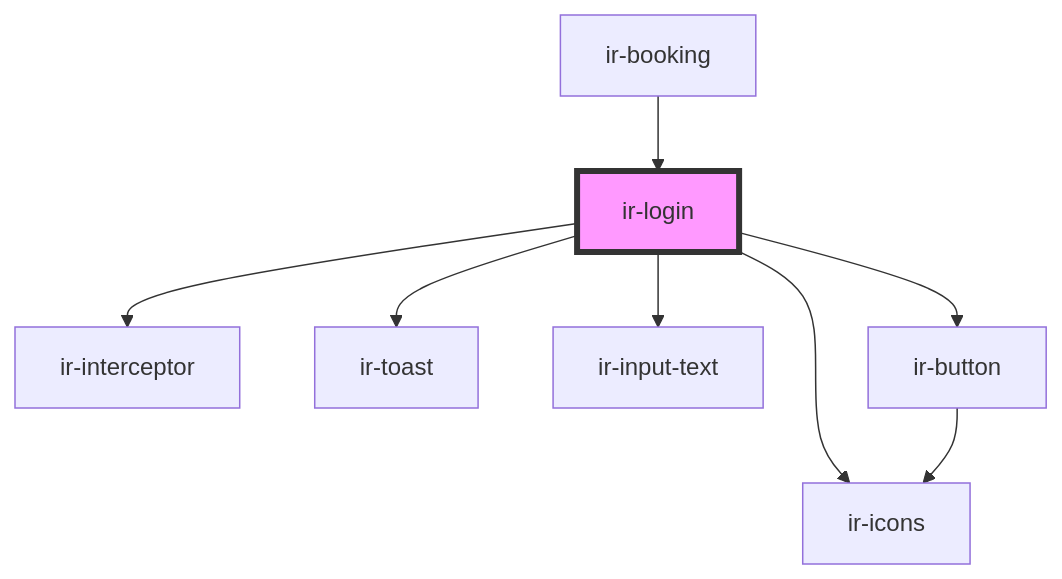
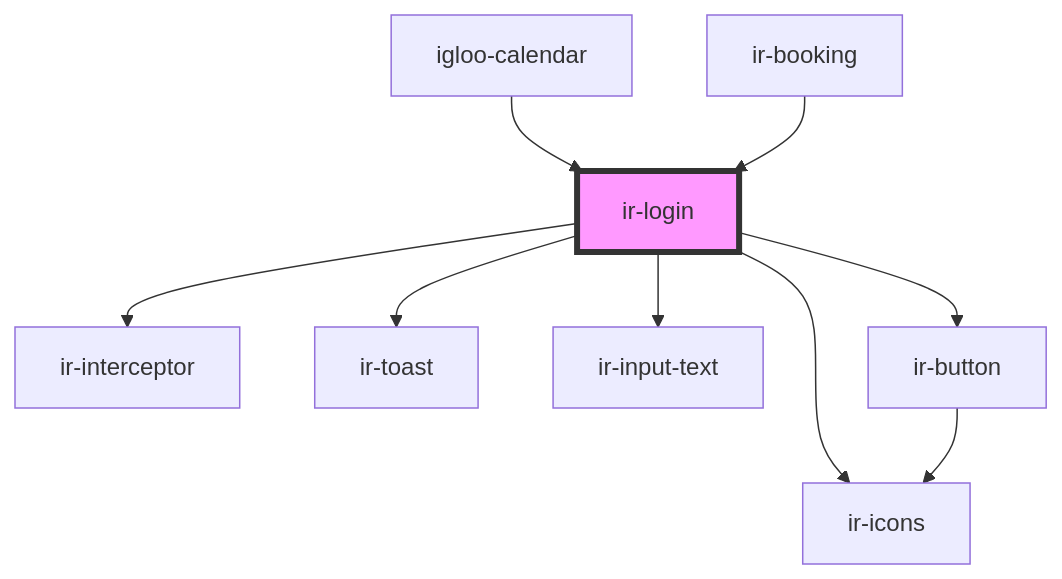
Before and after one commit to David1Chowaifaty/modified-ir-webcmp: the diagram in src/components/ir-login/readme.md, drawn with Mermaid. The commit also changed other lines of this file and 29 other files, not shown here.

````diff
--- a/src/components/ir-login/readme.md
+++ b/src/components/ir-login/readme.md
@@ -37,11 +31,12 @@
 ```mermaid
 graph TD;
   ir-login --> ir-interceptor
   ir-login --> ir-toast
   ir-login --> ir-input-text
   ir-login --> ir-icons
   ir-login --> ir-button
   ir-button --> ir-icons
+  igloo-calendar --> ir-login
   ir-booking --> ir-login
   style ir-login fill:#f9f,stroke:#333,stroke-width:4px
 ```
````
